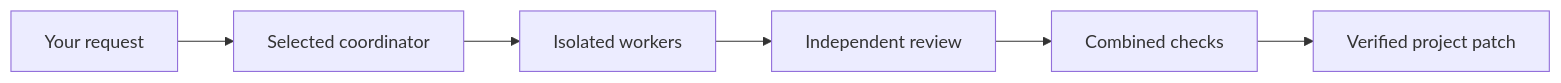
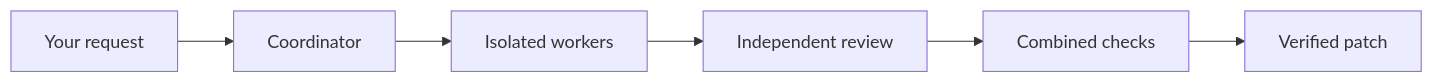
Before and after one commit to ysham123/Parallax: the diagram in README.md, drawn with Mermaid. The commit also changed other lines of this file and 72 other files, not shown here.

````diff
--- a/README.md
+++ b/README.md
@@ -59,8 +69,8 @@
 ```mermaid
 flowchart LR
-  Request[Your request] --> Plan[Selected coordinator]
+  Request[Your request] --> Plan[Coordinator]
   Plan --> Workers[Isolated workers]
   Workers --> Review[Independent review]
   Review --> Checks[Combined checks]
-  Checks --> Apply[Verified project patch]
+  Checks --> Apply[Verified patch]
 ```
````
